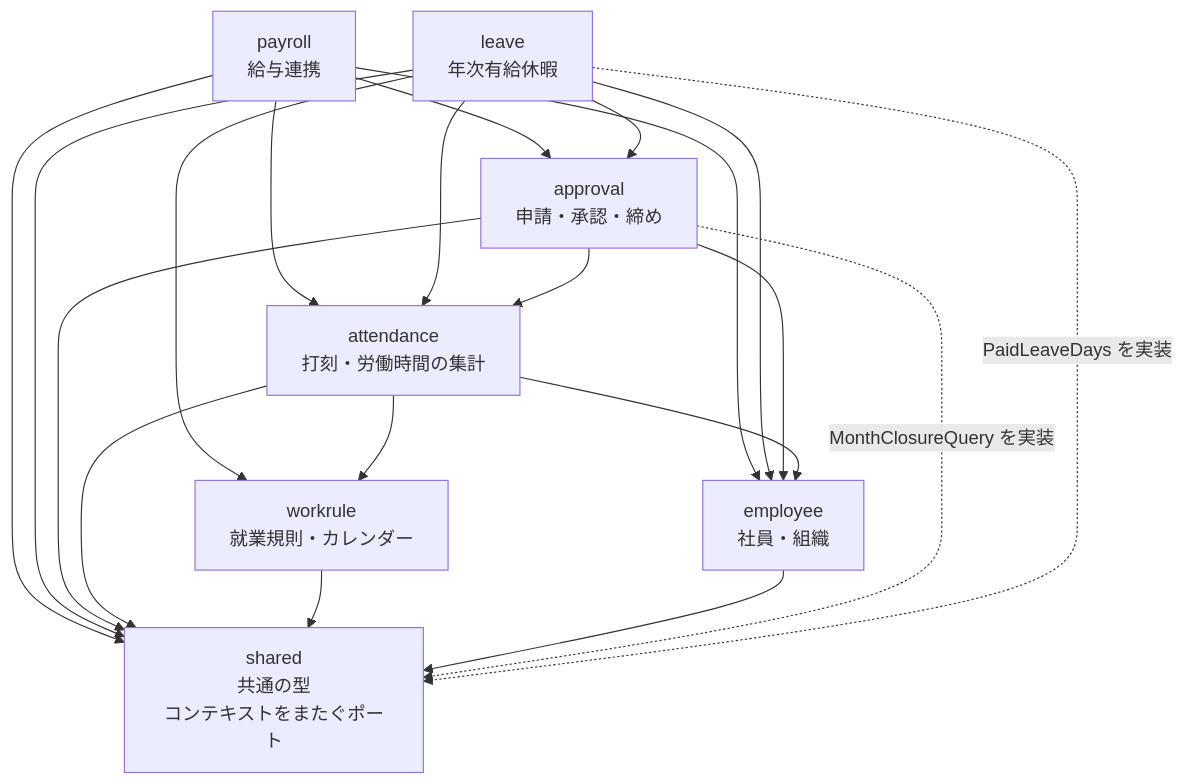
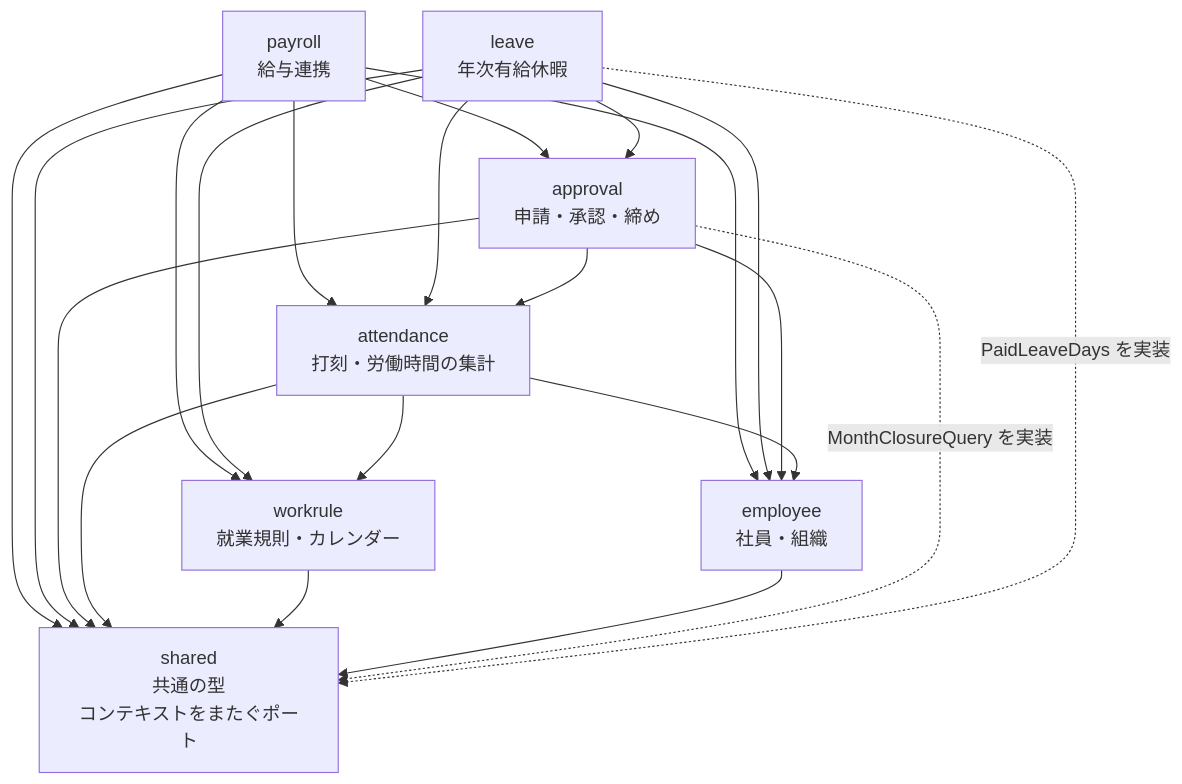
Before and after one commit to masaki-i02/newJavaProject: the diagram in doc/02_詳細設計/00_共通/diagrams/コンテキスト間の依存.mmd, drawn with Mermaid. The commit also changed 20 other files, not shown here.

```diff
--- a/doc/02_詳細設計/00_共通/diagrams/コンテキスト間の依存.mmd
+++ b/doc/02_詳細設計/00_共通/diagrams/コンテキスト間の依存.mmd
@@ -1,29 +1,30 @@
 flowchart TD
     approval["approval<br/>申請・承認・締め"]
     attendance["attendance<br/>打刻・労働時間の集計"]
     workrule["workrule<br/>就業規則・カレンダー"]
     employee["employee<br/>社員・組織"]
     leave["leave<br/>年次有給休暇"]
     payroll["payroll<br/>給与連携"]
     shared["shared<br/>共通の型<br/>コンテキストをまたぐポート"]
 
     payroll --> approval
     payroll --> attendance
     payroll --> employee
+    payroll --> workrule
     payroll --> shared
     leave --> approval
     leave --> attendance
     leave --> workrule
     leave --> employee
     leave --> shared
     approval --> attendance
     approval --> employee
     attendance --> workrule
     attendance --> employee
     approval --> shared
     attendance --> shared
     workrule --> shared
     employee --> shared
 
     approval -. "MonthClosureQuery を実装" .-> shared
     leave -. "PaidLeaveDays を実装" .-> shared
```
